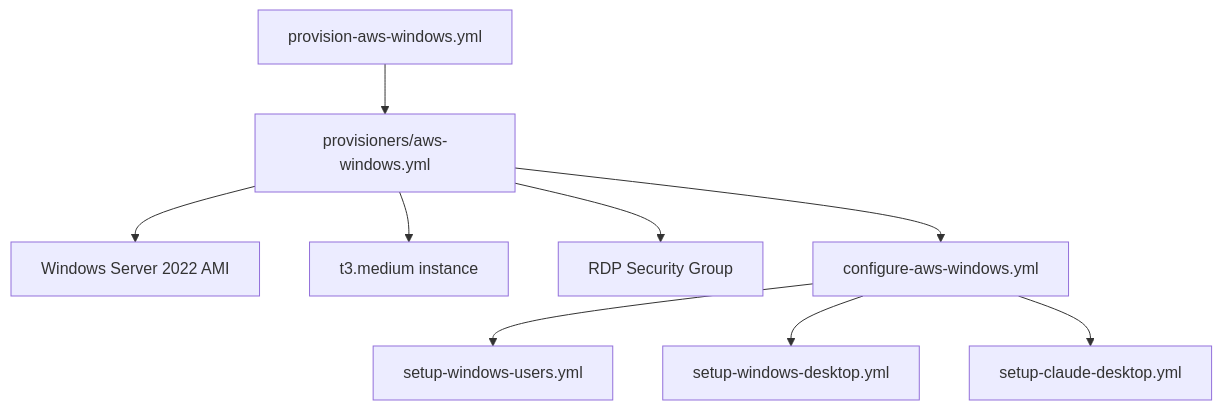
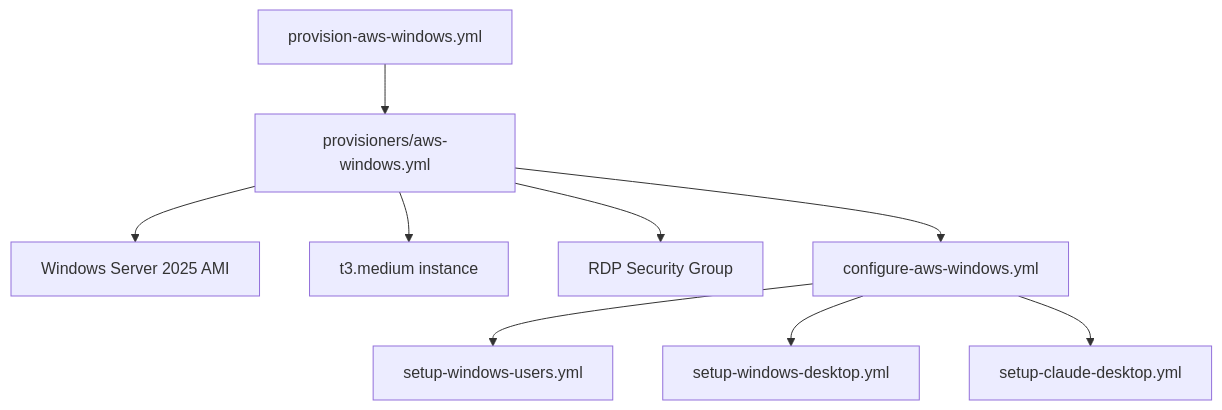
The diagram in memory-bank/systemPatterns.md (wonderbird/ansible-all-my-things), drawn with Mermaid before and after one commit. The commit also changed other lines of this file and 8 other files, not shown here.

First line of the commit message:
fix: update Windows Server AMI from 2022 to 2025

````diff
--- a/memory-bank/systemPatterns.md
+++ b/memory-bank/systemPatterns.md
@@ -76,11 +76,11 @@
 ```mermaid
 graph TD
     A[provision-aws-windows.yml] --> B[provisioners/aws-windows.yml]
-    B --> C[Windows Server 2022 AMI]
+    B --> C[Windows Server 2025 AMI]
     B --> D[t3.medium instance]
     B --> E[RDP Security Group]
     B --> F[configure-aws-windows.yml]
     F --> G[setup-windows-users.yml]
     F --> H[setup-windows-desktop.yml]
     F --> I[setup-claude-desktop.yml]
 ```
````
